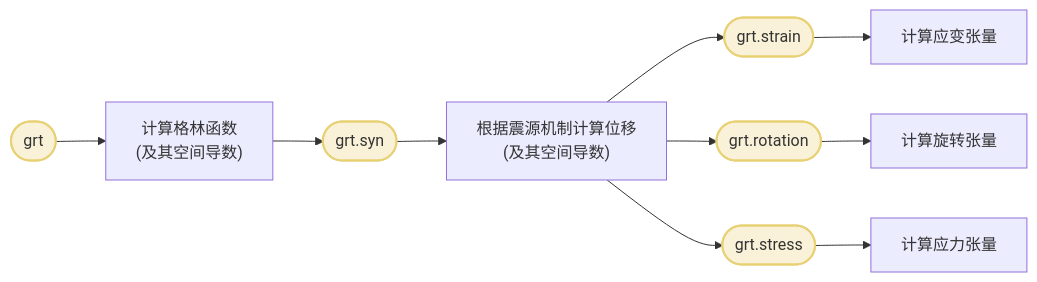
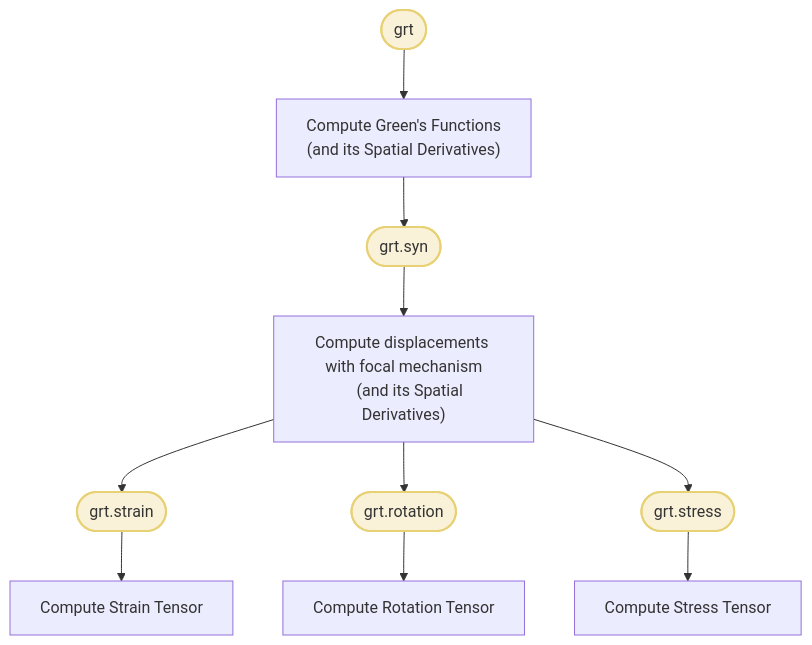
Before and after one commit to Dengda98/PyGRT: the second of 2 diagrams in docs/source/Tutorial/index.rst, drawn with Mermaid. The commit also changed other lines of this file and 3 other files, not shown here.

```diff
--- a/docs/source/Tutorial/index.rst
+++ b/docs/source/Tutorial/index.rst
@@ -47,27 +47,27 @@
 .. mermaid::
     :zoom:
 
-    flowchart LR 
+    flowchart TB 
 
         GG(["grt"])
         SS(["grt.syn"])
         EE(["grt.strain"])
         RR(["grt.rotation"])
         TT(["grt.stress"])
 
-        G["计算格林函数
-        (及其空间导数)"]
-        S["根据震源机制计算位移
-        (及其空间导数)"]
-        E["计算应变张量"]
-        R["计算旋转张量"]
-        T["计算应力张量"]
+        G["Compute Green's Functions
+        (and its Spatial Derivatives)"]
+        S["Compute displacements with focal mechanism
+        (and its Spatial Derivatives)"]
+        E["Compute Strain Tensor"]
+        R["Compute Rotation Tensor"]
+        T["Compute Stress Tensor"]
 
         GG --> G
         G --> SS --> S
         S --> EE --> E
         S --> RR --> R
         S --> TT --> T
         
         classDef cmdcls fill:#f9f2d9,stroke:#e8d174,stroke-width:2px,color:#333;
         class GG,SS,EE,RR,TT cmdcls
```
